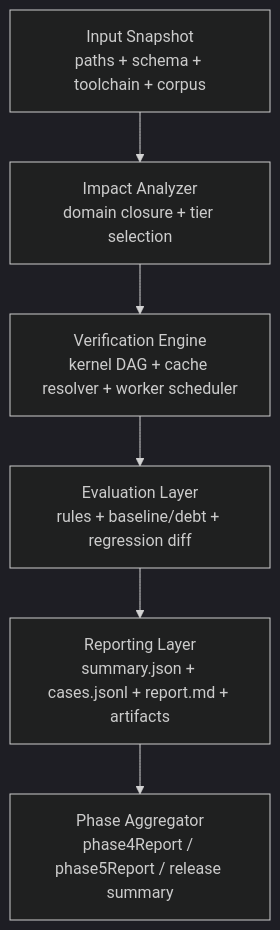
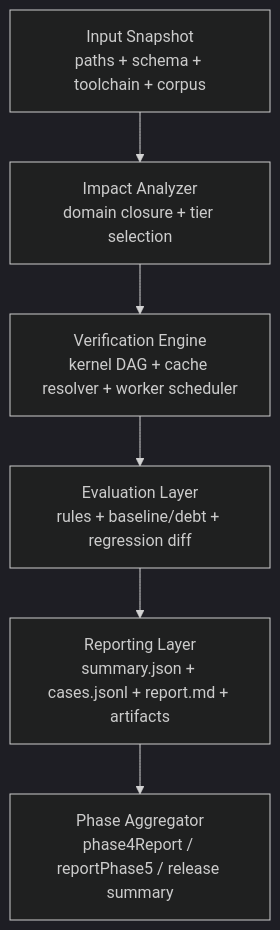
The first of 3 diagrams in docs/opt/2026-04-12-repository-wide-unified-verification-contract-and-execution-architecture.md (lkyprogramer/K-ToME), drawn with Mermaid (dark theme) before and after one commit. The commit also changed other lines of this file and 29 other files, not shown here.

````diff
--- a/docs/opt/2026-04-12-repository-wide-unified-verification-contract-and-execution-architecture.md
+++ b/docs/opt/2026-04-12-repository-wide-unified-verification-contract-and-execution-architecture.md
@@ -251,8 +254,8 @@
 ```mermaid
 flowchart TD
     A["Input Snapshot<br/>paths + schema + toolchain + corpus"] --> B["Impact Analyzer<br/>domain closure + tier selection"]
     B --> C["Verification Engine<br/>kernel DAG + cache resolver + worker scheduler"]
     C --> D["Evaluation Layer<br/>rules + baseline/debt + regression diff"]
     D --> E["Reporting Layer<br/>summary.json + cases.jsonl + report.md + artifacts"]
-    E --> F["Phase Aggregator<br/>phase4Report / phase5Report / release summary"]
+    E --> F["Phase Aggregator<br/>phase4Report / reportPhase5 / release summary"]
 ```
````
